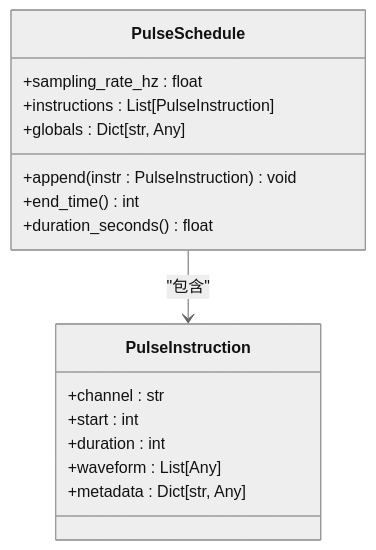
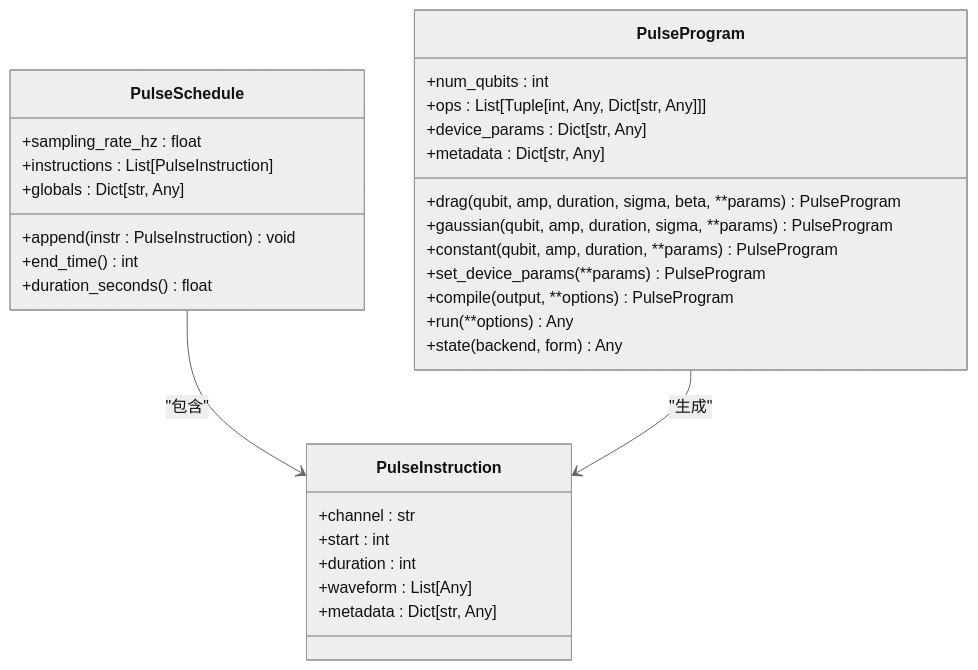
The first of 4 diagrams in .qoder/repowiki/zh/content/高级特性/脉冲级控制.md (QureGenAI-Biotech/TyxonQ), drawn with Mermaid (neutral theme) before and after one commit. The commit also changed other lines of this file and 57 other files, not shown here.

````diff
--- a/.qoder/repowiki/zh/content/高级特性/脉冲级控制.md
+++ b/.qoder/repowiki/zh/content/高级特性/脉冲级控制.md
@@ -30,19 +663,33 @@
 ```mermaid
 classDiagram
 class PulseInstruction {
 +channel : str
 +start : int
 +duration : int
 +waveform : List[Any]
 +metadata : Dict[str, Any]
 }
 class PulseSchedule {
 +sampling_rate_hz : float
 +instructions : List[PulseInstruction]
 +globals : Dict[str, Any]
 +append(instr : PulseInstruction) void
 +end_time() int
 +duration_seconds() float
 }
+class PulseProgram {
++num_qubits : int
++ops : List[Tuple[int, Any, Dict[str, Any]]]
++device_params : Dict[str, Any]
++metadata : Dict[str, Any]
++drag(qubit, amp, duration, sigma, beta, **params) PulseProgram
++gaussian(qubit, amp, duration, sigma, **params) PulseProgram
++constant(qubit, amp, duration, **params) PulseProgram
++set_device_params(**params) PulseProgram
++compile(output, **options) PulseProgram
++run(**options) Any
++state(backend, form) Any
+}
 PulseSchedule --> PulseInstruction : "包含"
+PulseProgram --> PulseInstruction : "生成"
 ```
````
